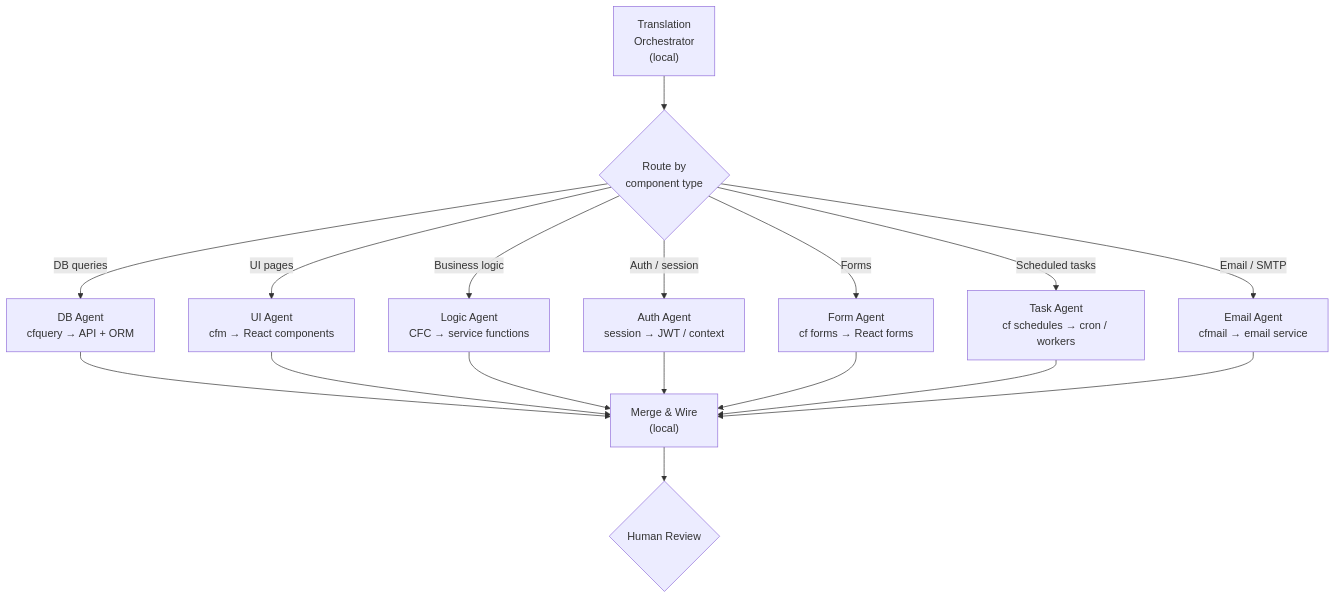
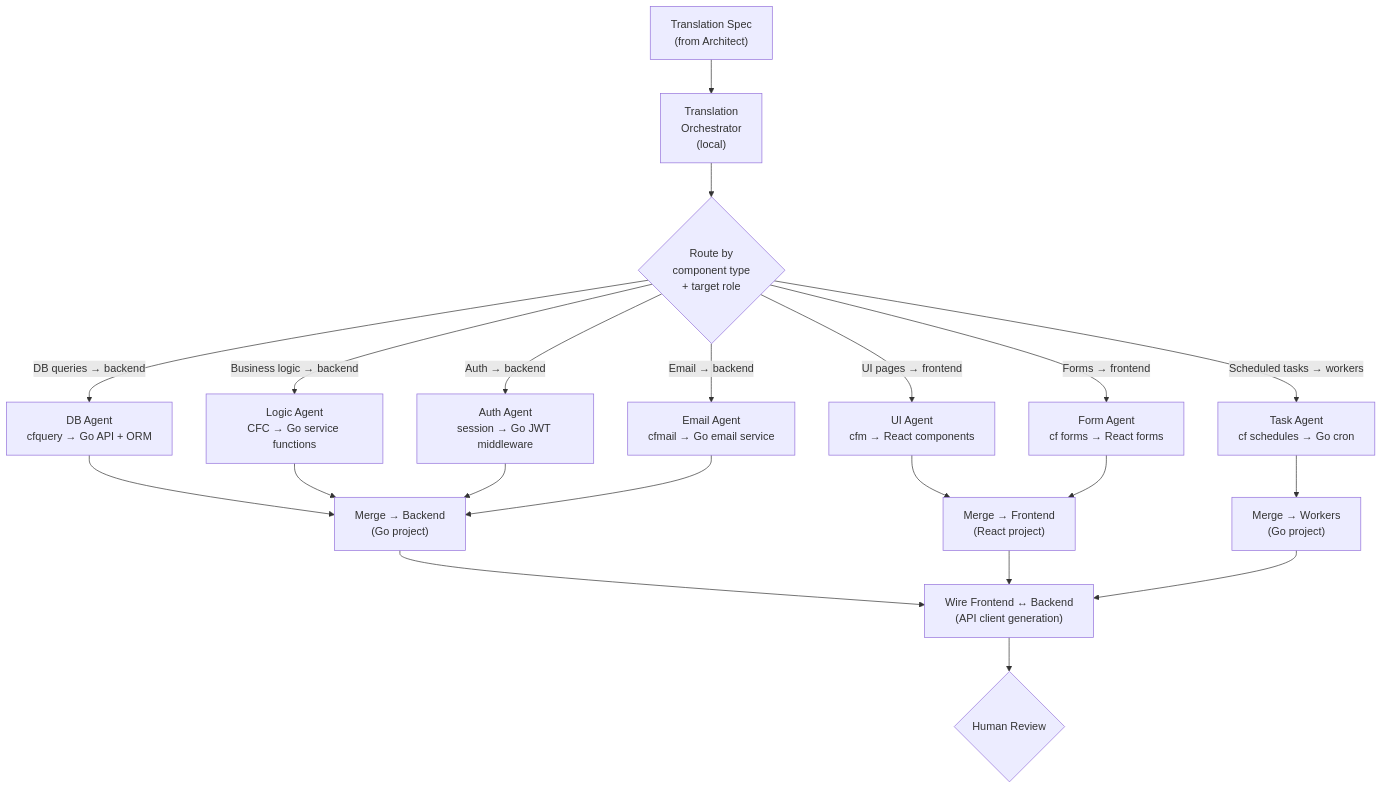
Before and after one commit to koustubh25/scratchpad: diagram 13 of 19 in DESIGN.md, drawn with Mermaid. The commit also changed other lines of this file, not shown here.

````diff
--- a/DESIGN.md
+++ b/DESIGN.md
@@ -402,20 +580,27 @@
 ```mermaid
 flowchart TD
-    TO["Translation\nOrchestrator\n(local)"] --> Router{"Route by\ncomponent type"}
-    Router -->|"DB queries"| DBA["DB Agent\ncfquery → API + ORM"]
-    Router -->|"UI pages"| UIA["UI Agent\ncfm → React components"]
-    Router -->|"Business logic"| BLA["Logic Agent\nCFC → service functions"]
-    Router -->|"Auth / session"| AuthA["Auth Agent\nsession → JWT / context"]
-    Router -->|"Forms"| FA["Form Agent\ncf forms → React forms"]
-    Router -->|"Scheduled tasks"| STA["Task Agent\ncf schedules → cron / workers"]
-    Router -->|"Email / SMTP"| EMA["Email Agent\ncfmail → email service"]
+    TS["Translation Spec\n(from Architect)"] --> TO["Translation\nOrchestrator\n(local)"]
+    TO --> Router{"Route by\ncomponent type\n+ target role"}
 
-    DBA --> Merge["Merge & Wire\n(local)"]
-    UIA --> Merge
-    BLA --> Merge
-    AuthA --> Merge
-    FA --> Merge
-    STA --> Merge
-    EMA --> Merge
-    Merge --> Review{"Human Review"}
+    Router -->|"DB queries → backend"| DBA["DB Agent\ncfquery → Go API + ORM"]
+    Router -->|"UI pages → frontend"| UIA["UI Agent\ncfm → React components"]
+    Router -->|"Business logic → backend"| BLA["Logic Agent\nCFC → Go service functions"]
+    Router -->|"Auth → backend"| AuthA["Auth Agent\nsession → Go JWT middleware"]
+    Router -->|"Forms → frontend"| FA["Form Agent\ncf forms → React forms"]
+    Router -->|"Scheduled tasks → workers"| STA["Task Agent\ncf schedules → Go cron"]
+    Router -->|"Email → backend"| EMA["Email Agent\ncfmail → Go email service"]
+
+    DBA --> MergeB["Merge → Backend\n(Go project)"]
+    BLA --> MergeB
+    AuthA --> MergeB
+    STA --> MergeW["Merge → Workers\n(Go project)"]
+    EMA --> MergeB
+
+    UIA --> MergeF["Merge → Frontend\n(React project)"]
+    FA --> MergeF
+
+    MergeB --> Wire["Wire Frontend ↔ Backend\n(API client generation)"]
+    MergeF --> Wire
+    MergeW --> Wire
+    Wire --> Review{"Human Review"}
 ```
````
